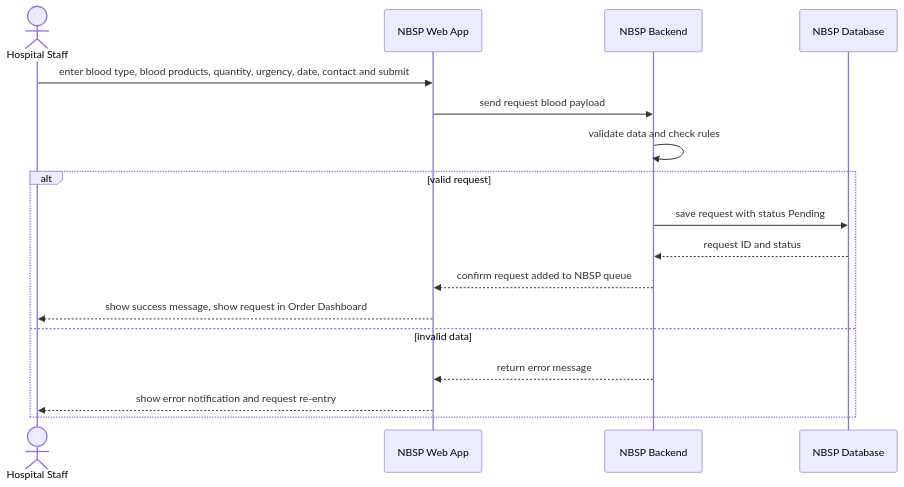
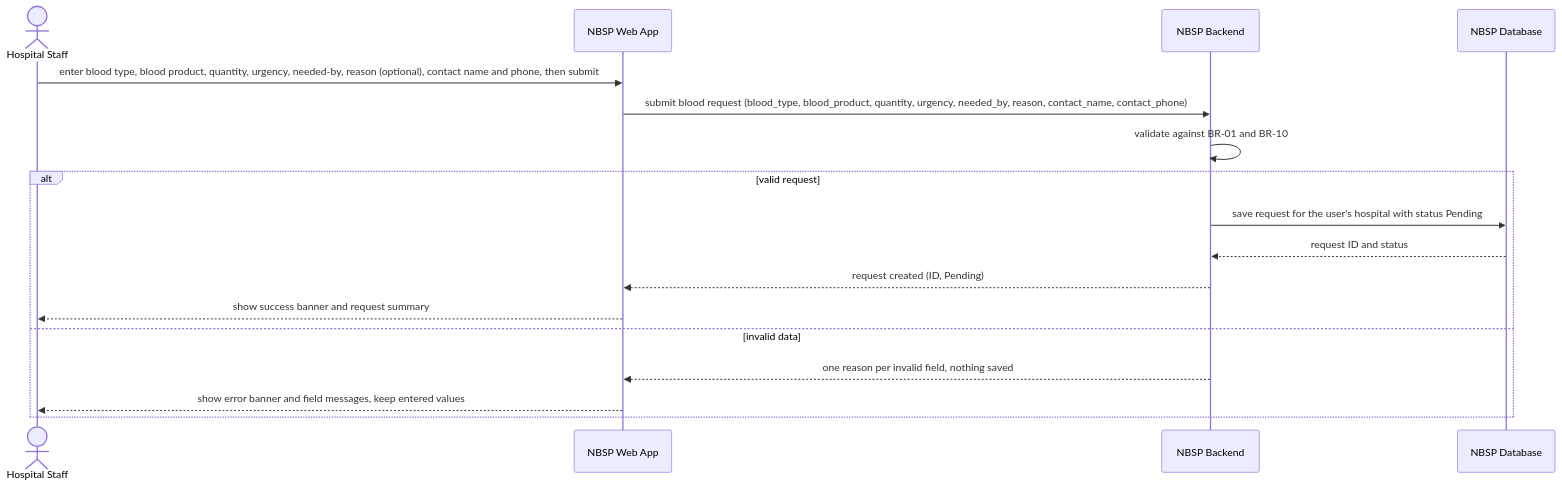
Before and after one commit to Nhan2772/DBIZ2-GROUPC-NationalBloodSupplyPlatform: the diagram in use-case/SD-UC-01.md, drawn with Mermaid. The commit also changed other lines of this file, not shown here.

Commit message:
Revise UC-01 with version v2 and validation details
Updated versioning and added detailed validation rules for blood request use case.

````diff
--- a/use-case/SD-UC-01.md
+++ b/use-case/SD-UC-01.md
@@ -13,19 +15,19 @@
 ```mermaid
 sequenceDiagram
   actor H as Hospital Staff
   participant P as NBSP Web App
   participant B as NBSP Backend
   participant D as NBSP Database
-  H->>P: enter blood type, blood products, quantity, urgency, date, contact and submit
-  P->>B: send request blood payload
-  B->>B: validate data and check rules
+  H->>P: enter blood type, blood product, quantity, urgency, needed-by, reason (optional), contact name and phone, then submit
+  P->>B: submit blood request (blood_type, blood_product, quantity, urgency, needed_by, reason, contact_name, contact_phone)
+  B->>B: validate against BR-01 and BR-10
   alt valid request
-    B->>D: save request with status Pending
+    B->>D: save request for the user's hospital with status Pending
     D-->>B: request ID and status
-    B-->>P: confirm request added to NBSP queue
-    P-->>H: show success message, show request in Order Dashboard
+    B-->>P: request created (ID, Pending)
+    P-->>H: show success banner and request summary
   else invalid data
-    B-->>P: return error message
-    P-->>H: show error notification and request re-entry
+    B-->>P: one reason per invalid field, nothing saved
+    P-->>H: show error banner and field messages, keep entered values
   end
 ```
````
